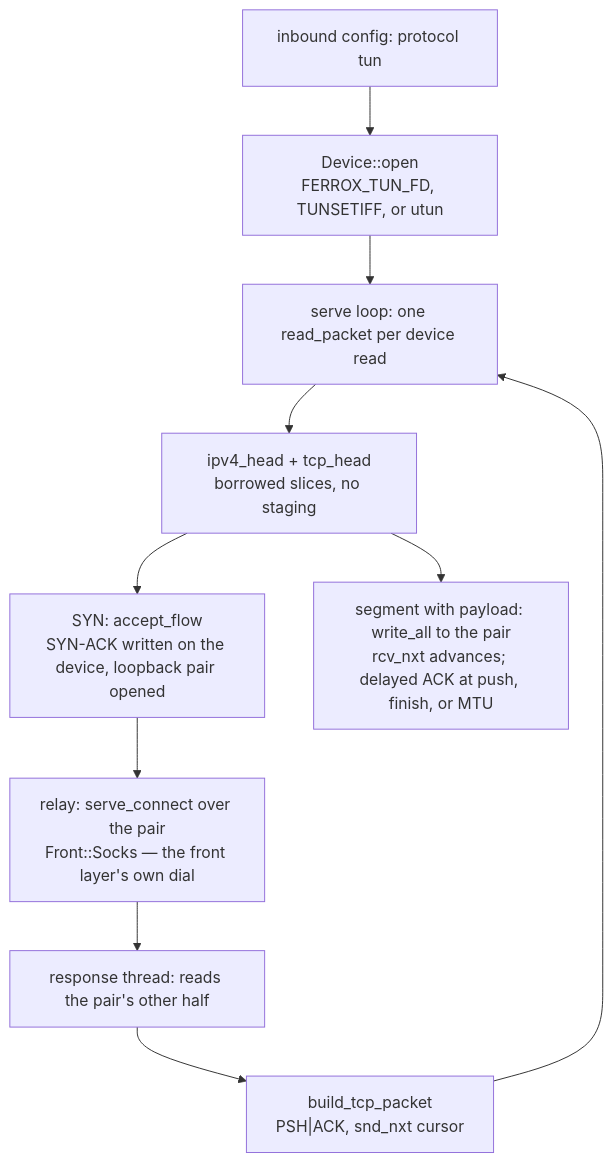
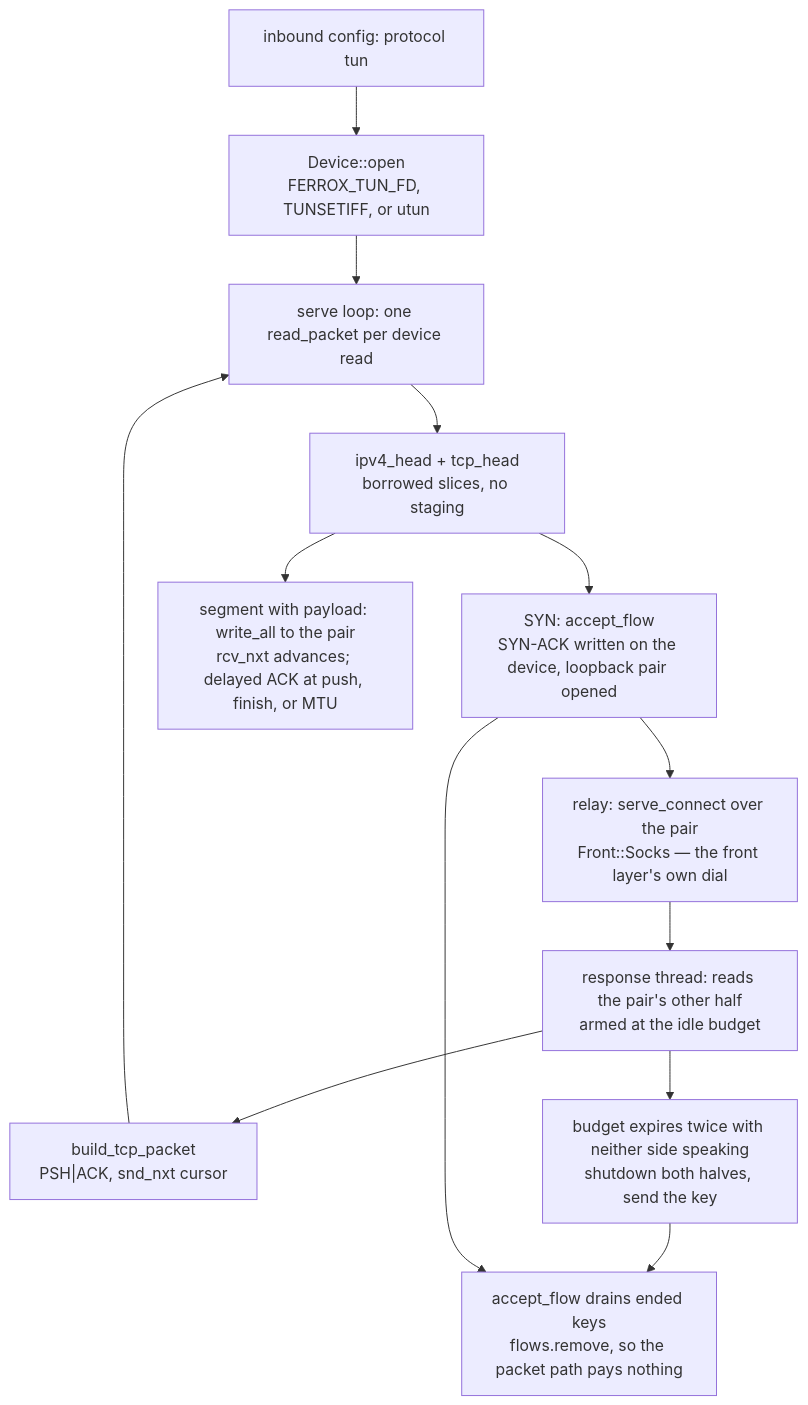
The diagram in docs/function/front-tun.md (Ferrocite/ferrox), drawn with Mermaid before and after one commit. The commit also changed other lines of this file and 1 other file, not shown here.

First line of the commit message:
tun: page the flow lifetime the idle budget now keeps

````diff
--- a/docs/function/front-tun.md
+++ b/docs/function/front-tun.md
@@ -31,12 +34,15 @@
 ```mermaid
 graph TD
     A["inbound config: protocol tun"] --> B["Device::open<br/>FERROX_TUN_FD, TUNSETIFF, or utun"]
     B --> C["serve loop: one read_packet per device read"]
     C --> D["ipv4_head + tcp_head<br/>borrowed slices, no staging"]
     D --> E["SYN: accept_flow<br/>SYN-ACK written on the device, loopback pair opened"]
     E --> F["relay: serve_connect over the pair<br/>Front::Socks — the front layer's own dial"]
     D --> G["segment with payload: write_all to the pair<br/>rcv_nxt advances; delayed ACK at push, finish, or MTU"]
-    F --> H["response thread: reads the pair's other half"]
+    F --> H["response thread: reads the pair's other half<br/>armed at the idle budget"]
     H --> I["build_tcp_packet<br/>PSH|ACK, snd_nxt cursor"]
     I --> C
+    H --> J["budget expires twice with neither side speaking<br/>shutdown both halves, send the key"]
+    J --> K["accept_flow drains ended keys<br/>flows.remove, so the packet path pays nothing"]
+    E --> K
 ```
````
